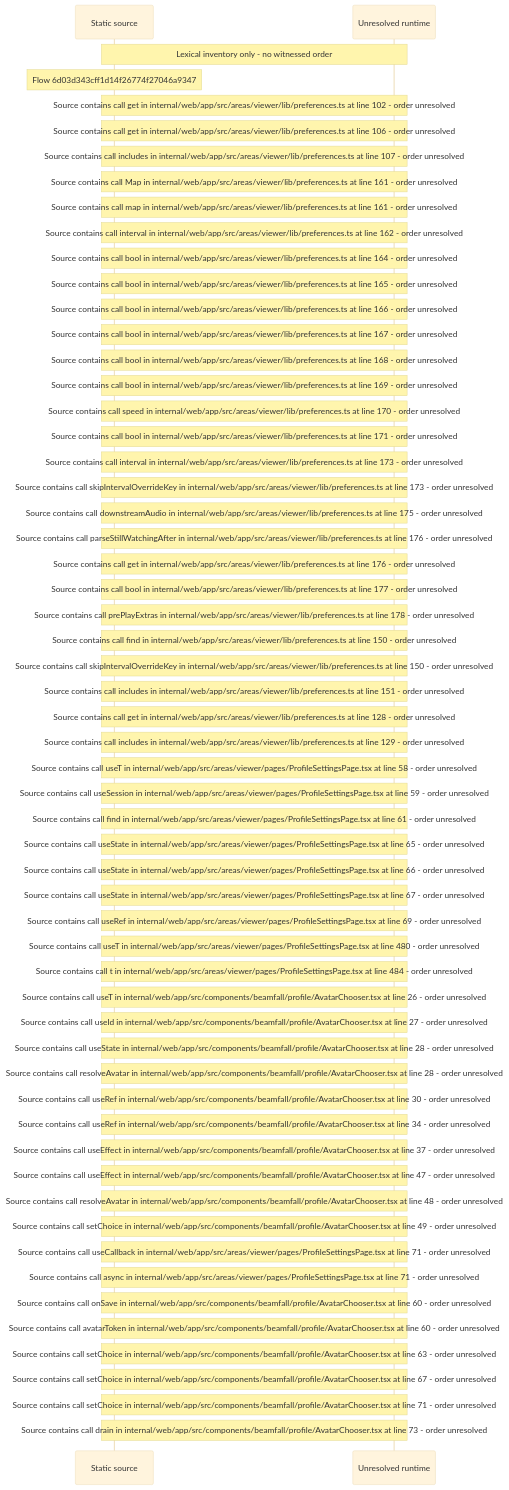
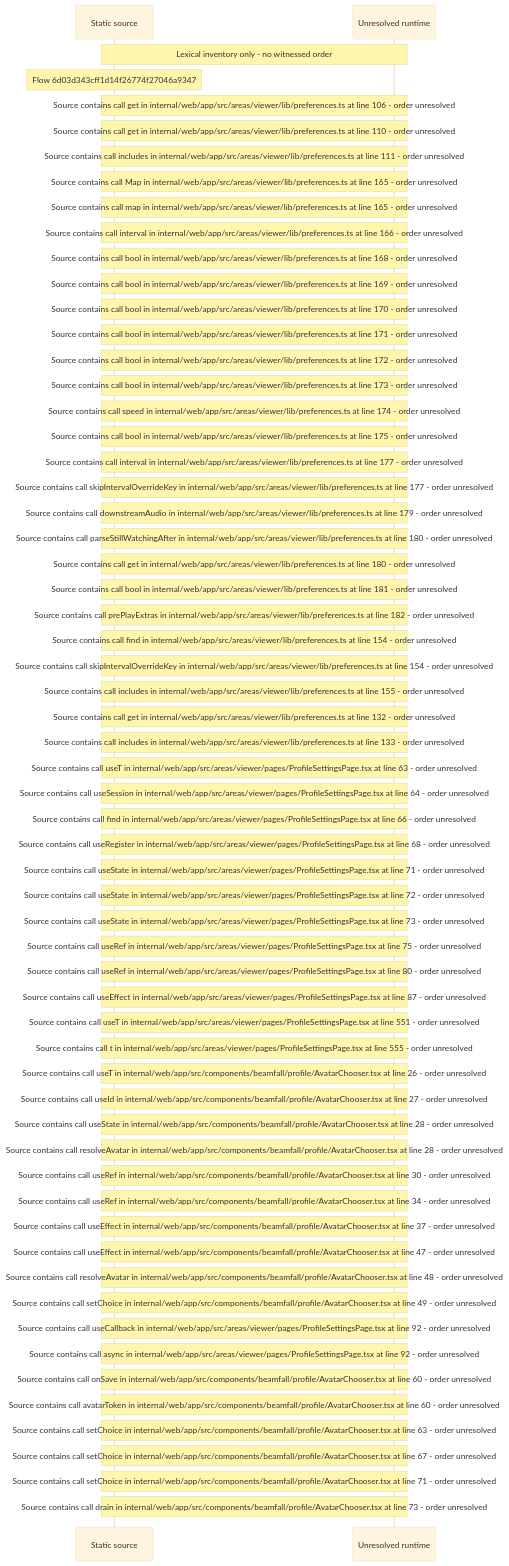
One commit to beamfall/core changed the diagram in docs/web/flows/generated/6d03d343cff1d14f26774f27046a9347/flow-diagram.md. Above: the diagram before and after it, drawn with Mermaid (base theme). The commit also changed other lines of this file and 715 other files, not shown here.

Commit message:
Regenerate the web flow record on the landing stack head (CORE-1762)

````diff
--- a/docs/web/flows/generated/6d03d343cff1d14f26774f27046a9347/flow-diagram.md
+++ b/docs/web/flows/generated/6d03d343cff1d14f26774f27046a9347/flow-diagram.md
@@ -10,60 +10,63 @@
 ```mermaid
 sequenceDiagram
     participant S as Static source
     participant U as Unresolved runtime
     Note over S,U: Lexical inventory only - no witnessed order
     Note over S: Flow 6d03d343cff1d14f26774f27046a9347
-    Note over S,U: Source contains call get in internal/web/app/src/areas/viewer/lib/preferences.ts at line 102 - order unresolved
     Note over S,U: Source contains call get in internal/web/app/src/areas/viewer/lib/preferences.ts at line 106 - order unresolved
-    Note over S,U: Source contains call includes in internal/web/app/src/areas/viewer/lib/preferences.ts at line 107 - order unresolved
-    Note over S,U: Source contains call Map in internal/web/app/src/areas/viewer/lib/preferences.ts at line 161 - order unresolved
-    Note over S,U: Source contains call map in internal/web/app/src/areas/viewer/lib/preferences.ts at line 161 - order unresolved
-    Note over S,U: Source contains call interval in internal/web/app/src/areas/viewer/lib/preferences.ts at line 162 - order unresolved
-    Note over S,U: Source contains call bool in internal/web/app/src/areas/viewer/lib/preferences.ts at line 164 - order unresolved
-    Note over S,U: Source contains call bool in internal/web/app/src/areas/viewer/lib/preferences.ts at line 165 - order unresolved
-    Note over S,U: Source contains call bool in internal/web/app/src/areas/viewer/lib/preferences.ts at line 166 - order unresolved
-    Note over S,U: Source contains call bool in internal/web/app/src/areas/viewer/lib/preferences.ts at line 167 - order unresolved
+    Note over S,U: Source contains call get in internal/web/app/src/areas/viewer/lib/preferences.ts at line 110 - order unresolved
+    Note over S,U: Source contains call includes in internal/web/app/src/areas/viewer/lib/preferences.ts at line 111 - order unresolved
+    Note over S,U: Source contains call Map in internal/web/app/src/areas/viewer/lib/preferences.ts at line 165 - order unresolved
+    Note over S,U: Source contains call map in internal/web/app/src/areas/viewer/lib/preferences.ts at line 165 - order unresolved
+    Note over S,U: Source contains call interval in internal/web/app/src/areas/viewer/lib/preferences.ts at line 166 - order unresolved
     Note over S,U: Source contains call bool in internal/web/app/src/areas/viewer/lib/preferences.ts at line 168 - order unresolved
     Note over S,U: Source contains call bool in internal/web/app/src/areas/viewer/lib/preferences.ts at line 169 - order unresolved
-    Note over S,U: Source contains call speed in internal/web/app/src/areas/viewer/lib/preferences.ts at line 170 - order unresolved
+    Note over S,U: Source contains call bool in internal/web/app/src/areas/viewer/lib/preferences.ts at line 170 - order unresolved
     Note over S,U: Source contains call bool in internal/web/app/src/areas/viewer/lib/preferences.ts at line 171 - order unresolved
-    Note over S,U: Source contains call interval in internal/web/app/src/areas/viewer/lib/preferences.ts at line 173 - order unresolved
-    Note over S,U: Source contains call skipIntervalOverrideKey in internal/web/app/src/areas/viewer/lib/preferences.ts at line 173 - order unresolved
-    Note over S,U: Source contains call downstreamAudio in internal/web/app/src/areas/viewer/lib/preferences.ts at line 175 - order unresolved
-    Note over S,U: Source contains call parseStillWatchingAfter in internal/web/app/src/areas/viewer/lib/preferences.ts at line 176 - order unresolved
-    Note over S,U: Source contains call get in internal/web/app/src/areas/viewer/lib/preferences.ts at line 176 - order unresolved
-    Note over S,U: Source contains call bool in internal/web/app/src/areas/viewer/lib/preferences.ts at line 177 - order unresolved
-    Note over S,U: Source contains call prePlayExtras in internal/web/app/src/areas/viewer/lib/preferences.ts at line 178 - order unresolved
-    Note over S,U: Source contains call find in internal/web/app/src/areas/viewer/lib/preferences.ts at line 150 - order unresolved
-    Note over S,U: Source contains call skipIntervalOverrideKey in internal/web/app/src/areas/viewer/lib/preferences.ts at line 150 - order unresolved
-    Note over S,U: Source contains call includes in internal/web/app/src/areas/viewer/lib/preferences.ts at line 151 - order unresolved
-    Note over S,U: Source contains call get in internal/web/app/src/areas/viewer/lib/preferences.ts at line 128 - order unresolved
-    Note over S,U: Source contains call includes in internal/web/app/src/areas/viewer/lib/preferences.ts at line 129 - order unresolved
-    Note over S,U: Source contains call useT in internal/web/app/src/areas/viewer/pages/ProfileSettingsPage.tsx at line 58 - order unresolved
-    Note over S,U: Source contains call useSession in internal/web/app/src/areas/viewer/pages/ProfileSettingsPage.tsx at line 59 - order unresolved
-    Note over S,U: Source contains call find in internal/web/app/src/areas/viewer/pages/ProfileSettingsPage.tsx at line 61 - order unresolved
-    Note over S,U: Source contains call useState in internal/web/app/src/areas/viewer/pages/ProfileSettingsPage.tsx at line 65 - order unresolved
-    Note over S,U: Source contains call useState in internal/web/app/src/areas/viewer/pages/ProfileSettingsPage.tsx at line 66 - order unresolved
-    Note over S,U: Source contains call useState in internal/web/app/src/areas/viewer/pages/ProfileSettingsPage.tsx at line 67 - order unresolved
-    Note over S,U: Source contains call useRef in internal/web/app/src/areas/viewer/pages/ProfileSettingsPage.tsx at line 69 - order unresolved
-    Note over S,U: Source contains call useT in internal/web/app/src/areas/viewer/pages/ProfileSettingsPage.tsx at line 480 - order unresolved
-    Note over S,U: Source contains call t in internal/web/app/src/areas/viewer/pages/ProfileSettingsPage.tsx at line 484 - order unresolved
+    Note over S,U: Source contains call bool in internal/web/app/src/areas/viewer/lib/preferences.ts at line 172 - order unresolved
+    Note over S,U: Source contains call bool in internal/web/app/src/areas/viewer/lib/preferences.ts at line 173 - order unresolved
+    Note over S,U: Source contains call speed in internal/web/app/src/areas/viewer/lib/preferences.ts at line 174 - order unresolved
+    Note over S,U: Source contains call bool in internal/web/app/src/areas/viewer/lib/preferences.ts at line 175 - order unresolved
+    Note over S,U: Source contains call interval in internal/web/app/src/areas/viewer/lib/preferences.ts at line 177 - order unresolved
+    Note over S,U: Source contains call skipIntervalOverrideKey in internal/web/app/src/areas/viewer/lib/preferences.ts at line 177 - order unresolved
+    Note over S,U: Source contains call downstreamAudio in internal/web/app/src/areas/viewer/lib/preferences.ts at line 179 - order unresolved
+    Note over S,U: Source contains call parseStillWatchingAfter in internal/web/app/src/areas/viewer/lib/preferences.ts at line 180 - order unresolved
+    Note over S,U: Source contains call get in internal/web/app/src/areas/viewer/lib/preferences.ts at line 180 - order unresolved
+    Note over S,U: Source contains call bool in internal/web/app/src/areas/viewer/lib/preferences.ts at line 181 - order unresolved
+    Note over S,U: Source contains call prePlayExtras in internal/web/app/src/areas/viewer/lib/preferences.ts at line 182 - order unresolved
+    Note over S,U: Source contains call find in internal/web/app/src/areas/viewer/lib/preferences.ts at line 154 - order unresolved
+    Note over S,U: Source contains call skipIntervalOverrideKey in internal/web/app/src/areas/viewer/lib/preferences.ts at line 154 - order unresolved
+    Note over S,U: Source contains call includes in internal/web/app/src/areas/viewer/lib/preferences.ts at line 155 - order unresolved
+    Note over S,U: Source contains call get in internal/web/app/src/areas/viewer/lib/preferences.ts at line 132 - order unresolved
+    Note over S,U: Source contains call includes in internal/web/app/src/areas/viewer/lib/preferences.ts at line 133 - order unresolved
+    Note over S,U: Source contains call useT in internal/web/app/src/areas/viewer/pages/ProfileSettingsPage.tsx at line 63 - order unresolved
+    Note over S,U: Source contains call useSession in internal/web/app/src/areas/viewer/pages/ProfileSettingsPage.tsx at line 64 - order unresolved
+    Note over S,U: Source contains call find in internal/web/app/src/areas/viewer/pages/ProfileSettingsPage.tsx at line 66 - order unresolved
+    Note over S,U: Source contains call useRegister in internal/web/app/src/areas/viewer/pages/ProfileSettingsPage.tsx at line 68 - order unresolved
+    Note over S,U: Source contains call useState in internal/web/app/src/areas/viewer/pages/ProfileSettingsPage.tsx at line 71 - order unresolved
+    Note over S,U: Source contains call useState in internal/web/app/src/areas/viewer/pages/ProfileSettingsPage.tsx at line 72 - order unresolved
+    Note over S,U: Source contains call useState in internal/web/app/src/areas/viewer/pages/ProfileSettingsPage.tsx at line 73 - order unresolved
+    Note over S,U: Source contains call useRef in internal/web/app/src/areas/viewer/pages/ProfileSettingsPage.tsx at line 75 - order unresolved
+    Note over S,U: Source contains call useRef in internal/web/app/src/areas/viewer/pages/ProfileSettingsPage.tsx at line 80 - order unresolved
+    Note over S,U: Source contains call useEffect in internal/web/app/src/areas/viewer/pages/ProfileSettingsPage.tsx at line 87 - order unresolved
+    Note over S,U: Source contains call useT in internal/web/app/src/areas/viewer/pages/ProfileSettingsPage.tsx at line 551 - order unresolved
+    Note over S,U: Source contains call t in internal/web/app/src/areas/viewer/pages/ProfileSettingsPage.tsx at line 555 - order unresolved
     Note over S,U: Source contains call useT in internal/web/app/src/components/beamfall/profile/AvatarChooser.tsx at line 26 - order unresolved
     Note over S,U: Source contains call useId in internal/web/app/src/components/beamfall/profile/AvatarChooser.tsx at line 27 - order unresolved
     Note over S,U: Source contains call useState in internal/web/app/src/components/beamfall/profile/AvatarChooser.tsx at line 28 - order unresolved
     Note over S,U: Source contains call resolveAvatar in internal/web/app/src/components/beamfall/profile/AvatarChooser.tsx at line 28 - order unresolved
     Note over S,U: Source contains call useRef in internal/web/app/src/components/beamfall/profile/AvatarChooser.tsx at line 30 - order unresolved
     Note over S,U: Source contains call useRef in internal/web/app/src/components/beamfall/profile/AvatarChooser.tsx at line 34 - order unresolved
     Note over S,U: Source contains call useEffect in internal/web/app/src/components/beamfall/profile/AvatarChooser.tsx at line 37 - order unresolved
     Note over S,U: Source contains call useEffect in internal/web/app/src/components/beamfall/profile/AvatarChooser.tsx at line 47 - order unresolved
     Note over S,U: Source contains call resolveAvatar in internal/web/app/src/components/beamfall/profile/AvatarChooser.tsx at line 48 - order unresolved
     Note over S,U: Source contains call setChoice in internal/web/app/src/components/beamfall/profile/AvatarChooser.tsx at line 49 - order unresolved
-    Note over S,U: Source contains call useCallback in internal/web/app/src/areas/viewer/pages/ProfileSettingsPage.tsx at line 71 - order unresolved
-    Note over S,U: Source contains call async in internal/web/app/src/areas/viewer/pages/ProfileSettingsPage.tsx at line 71 - order unresolved
+    Note over S,U: Source contains call useCallback in internal/web/app/src/areas/viewer/pages/ProfileSettingsPage.tsx at line 92 - order unresolved
+    Note over S,U: Source contains call async in internal/web/app/src/areas/viewer/pages/ProfileSettingsPage.tsx at line 92 - order unresolved
     Note over S,U: Source contains call onSave in internal/web/app/src/components/beamfall/profile/AvatarChooser.tsx at line 60 - order unresolved
     Note over S,U: Source contains call avatarToken in internal/web/app/src/components/beamfall/profile/AvatarChooser.tsx at line 60 - order unresolved
     Note over S,U: Source contains call setChoice in internal/web/app/src/components/beamfall/profile/AvatarChooser.tsx at line 63 - order unresolved
     Note over S,U: Source contains call setChoice in internal/web/app/src/components/beamfall/profile/AvatarChooser.tsx at line 67 - order unresolved
     Note over S,U: Source contains call setChoice in internal/web/app/src/components/beamfall/profile/AvatarChooser.tsx at line 71 - order unresolved
     Note over S,U: Source contains call drain in internal/web/app/src/components/beamfall/profile/AvatarChooser.tsx at line 73 - order unresolved
 ```
````
